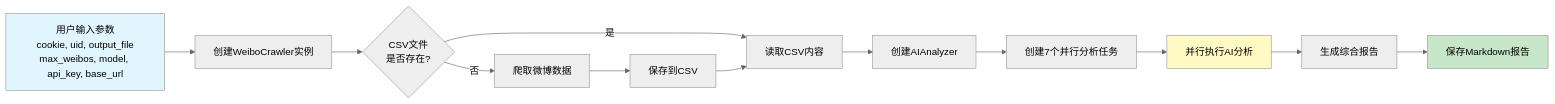
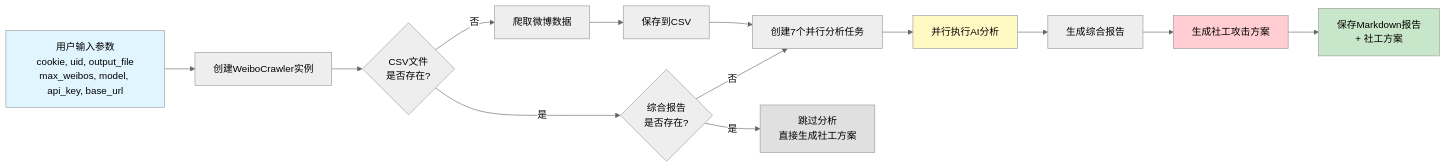
The second of 7 diagrams in 项目结构图.md (CuteCuteYu/the_evil), drawn with Mermaid (neutral theme) before and after one commit. The commit also changed other lines of this file and 13 other files, not shown here.

````diff
--- a/项目结构图.md
+++ b/项目结构图.md
@@ -92,18 +92,21 @@
 ```mermaid
 flowchart LR
     A["用户输入参数<br/>cookie, uid, output_file<br/>max_weibos, model, api_key, base_url"] --> B["创建WeiboCrawler实例"]
     B --> C{CSV文件<br/>是否存在?}
     C -->|否| D["爬取微博数据"]
     D --> E["保存到CSV"]
-    C -->|是| F["读取CSV内容"]
-    E --> F
-    F --> G["创建AIAnalyzer"]
-    G --> H["创建7个并行分析任务"]
-    H --> I["并行执行AI分析"]
+    C -->|是| F{"综合报告<br/>是否存在?"}
+    F -->|否| G["创建7个并行分析任务"]
+    F -->|是| H["跳过分析<br/>直接生成社工方案"]
+    E --> G
+    G --> I["并行执行AI分析"]
     I --> J["生成综合报告"]
-    J --> K["保存Markdown报告"]
+    J --> L["生成社工攻击方案"]
+    L --> K["保存Markdown报告<br/>+ 社工方案"]
 
     style A fill:#e1f5ff
     style K fill:#c8e6c9
     style I fill:#fff9c4
+    style L fill:#ffcdd2
+    style H fill:#e0e0e0
 ```
````
